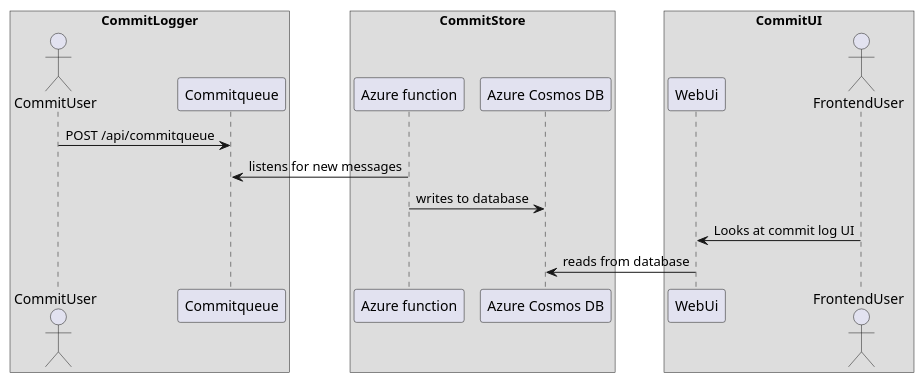
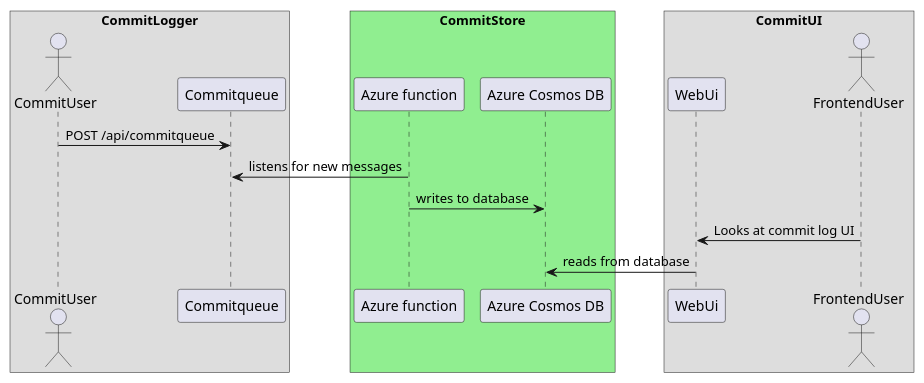
Before and after one commit to dalager/gitcommitstore: the diagram in docs/flow.md, drawn with PlantUML.

Commit message:
Diagram update

````diff
--- a/docs/flow.md
+++ b/docs/flow.md
@@ -1,22 +1,22 @@
 ```plantuml
 @startuml
 
 box "CommitLogger"
 Actor "CommitUser" as U
 Participant "Commitqueue" as Q
 end box
-box "CommitStore"
+box "CommitStore" #LightGreen
 Participant "Azure function" as F
 Participant "Azure Cosmos DB" as Db
 end box
 box "CommitUI"
 Participant "WebUi" as W
 Actor "FrontendUser" as FU
 end box
 U -> Q: POST /api/commitqueue
 F -> Q: listens for new messages
 F -> Db : writes to database
 FU -> W: Looks at commit log UI
 W -> Db : reads from database
 @enduml
 ```
````
